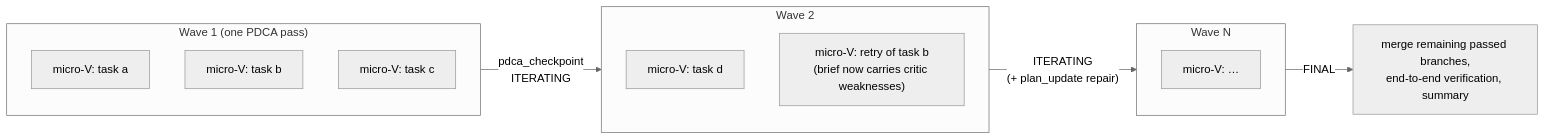
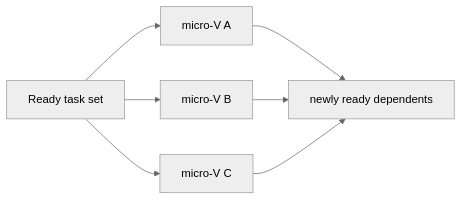
One commit to ulvestuen/pi-kit changed the second of 2 diagrams in docs/micro-vave-execution-model.md. Above: the diagram before and after it, drawn with Mermaid (neutral theme). The commit also changed other lines of this file and 97 other files, not shown here.

````diff
--- a/docs/micro-vave-execution-model.md
+++ b/docs/micro-vave-execution-model.md
@@ -121,21 +49,9 @@
 ```mermaid
 flowchart LR
-    subgraph w1["Wave 1 (one PDCA pass)"]
-        direction TB
-        v1a["micro-V: task a"]
-        v1b["micro-V: task b"]
-        v1c["micro-V: task c"]
-    end
-    subgraph w2["Wave 2"]
-        direction TB
-        v2a["micro-V: task d"]
-        v2b["micro-V: retry of task b<br/>(brief now carries critic weaknesses)"]
-    end
-    subgraph w3["Wave N"]
-        direction TB
-        v3a["micro-V: …"]
-    end
-    w1 -- "pdca_checkpoint<br/>ITERATING" --> w2
-    w2 -- "ITERATING<br/>(+ plan_update repair)" --> w3
-    w3 -- "FINAL" --> done["merge remaining passed branches,<br/>end-to-end verification, summary"]
+  ready["Ready task set"] --> a["micro-V A"]
+  ready --> b["micro-V B"]
+  ready --> c["micro-V C"]
+  a --> next["newly ready dependents"]
+  b --> next
+  c --> next
 ```
````
